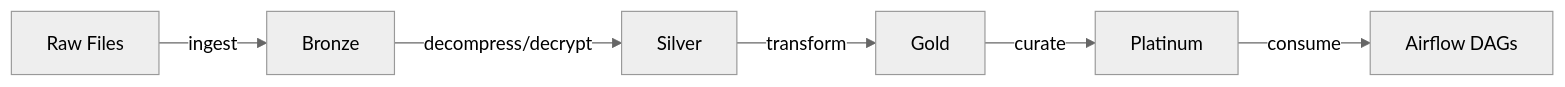
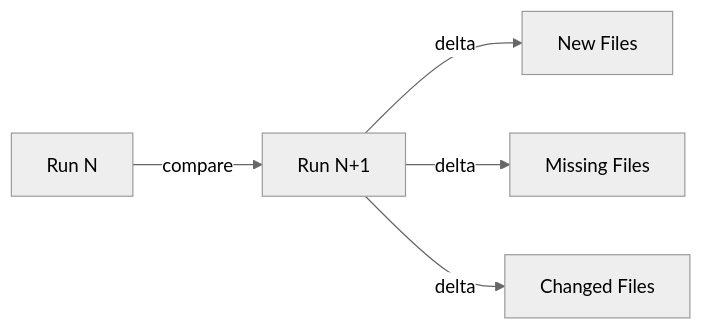
The second of 3 diagrams in docs/ideas/alchmy-db.md (ThanuMahee12/AgentContext), drawn with Mermaid (neutral theme) before and after one commit. The commit also changed other lines of this file, not shown here.

````diff
--- a/docs/ideas/alchmy-db.md
+++ b/docs/ideas/alchmy-db.md
@@ -65,8 +177,7 @@
 ```mermaid
 graph LR
-    A[Raw Files] -->|ingest| B[Bronze]
-    B -->|decompress/decrypt| C[Silver]
-    C -->|transform| D[Gold]
-    D -->|curate| E[Platinum]
-    E -->|consume| F[Airflow DAGs]
+    A[Run N] -->|compare| B[Run N+1]
+    B -->|delta| C[New Files]
+    B -->|delta| D[Missing Files]
+    B -->|delta| E[Changed Files]
 ```
````
